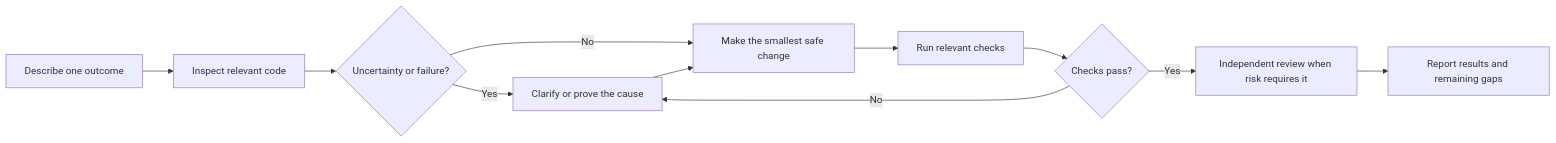
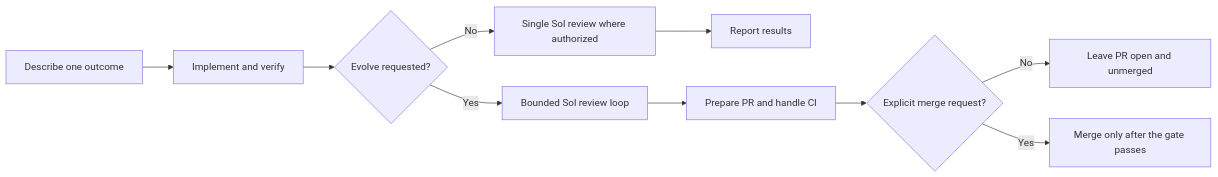
Before and after one commit to moKshagna-p/codex-powers: the diagram in README.md, drawn with Mermaid. The commit also changed other lines of this file and 39 other files, not shown here.

````diff
--- a/README.md
+++ b/README.md
@@ -41,13 +54,12 @@
 ```mermaid
 flowchart LR
-    A[Describe one outcome] --> B[Inspect relevant code]
-    B --> C{Uncertainty or failure?}
-    C -->|Yes| D[Clarify or prove the cause]
-    C -->|No| E[Make the smallest safe change]
-    D --> E
-    E --> F[Run relevant checks]
-    F --> G{Checks pass?}
-    G -->|No| D
-    G -->|Yes| H[Independent review when risk requires it]
-    H --> I[Report results and remaining gaps]
+    A[Describe one outcome] --> B[Implement and verify]
+    B --> C{Evolve requested?}
+    C -->|No| D[Single Sol review where authorized]
+    D --> E[Report results]
+    C -->|Yes| F[Bounded Sol review loop]
+    F --> G[Prepare PR and handle CI]
+    G --> H{Explicit merge request?}
+    H -->|No| I[Leave PR open and unmerged]
+    H -->|Yes| J[Merge only after the gate passes]
 ```
````
